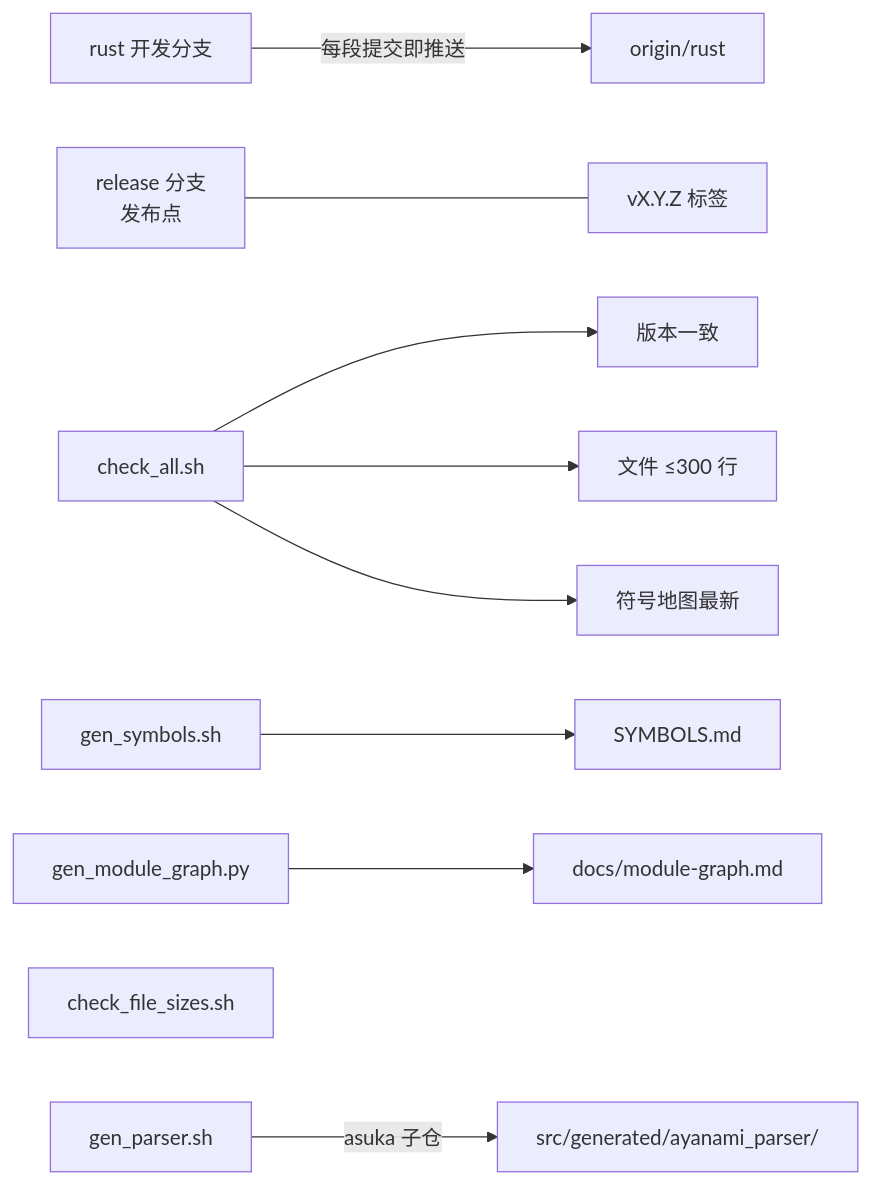
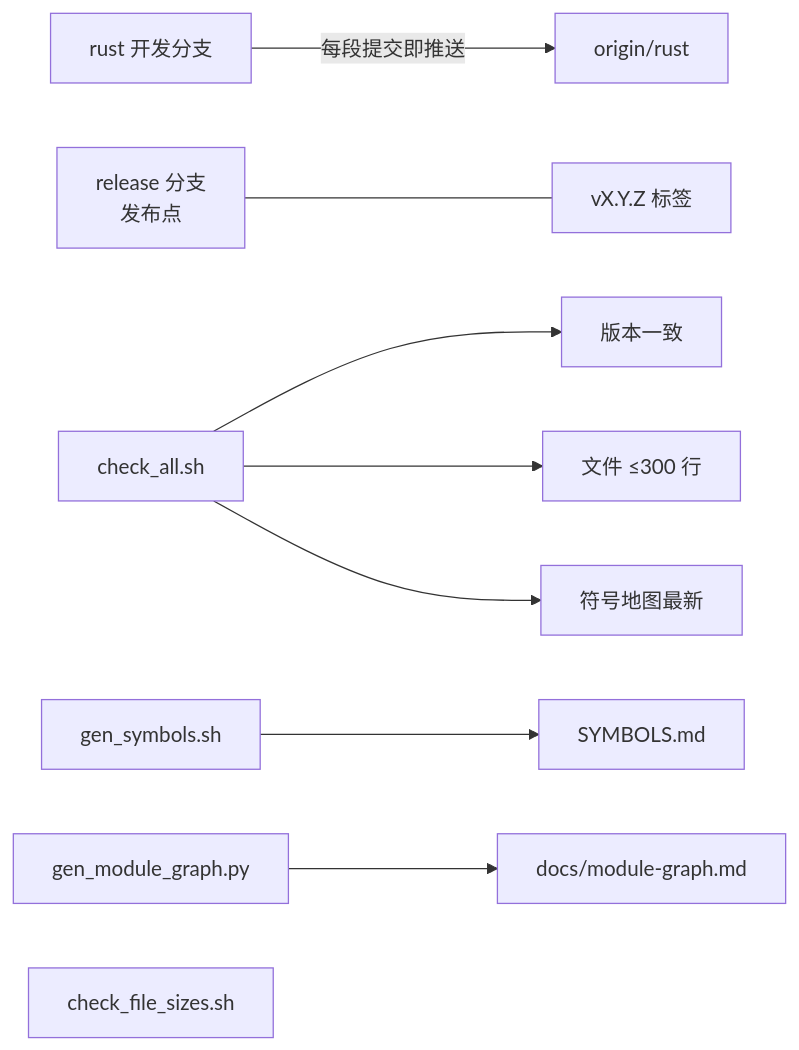
One commit to ayanami1ei/Ayanami-language changed the fourth of 4 diagrams in docs/knowledge-graph.md. Above: the diagram before and after it, drawn with Mermaid. The commit also changed other lines of this file and 31 other files, not shown here.

Commit message:
移除 asuka 生成解析器：解析统一走手写递归下降（删 grammar/generated/gen_bridge/子仓与回退路径）

````diff
--- a/docs/knowledge-graph.md
+++ b/docs/knowledge-graph.md
@@ -103,12 +102,11 @@
 ```mermaid
 graph LR
     DEV[rust 开发分支] -->|每段提交即推送| ORIGIN[origin/rust]
     REL[release 分支<br/>发布点] --- TAGS[vX.Y.Z 标签]
     CHECKS[check_all.sh] --> V[版本一致]
     CHECKS --> S[文件 ≤300 行]
     CHECKS --> G[符号地图最新]
     GEN[gen_symbols.sh] --> SYM[SYMBOLS.md]
     MG[gen_module_graph.py] --> MGM[docs/module-graph.md]
     SPLIT[check_file_sizes.sh] 
-    PARSER[gen_parser.sh] -->|asuka 子仓| GENP[src/generated/ayanami_parser/]
 ```
````
